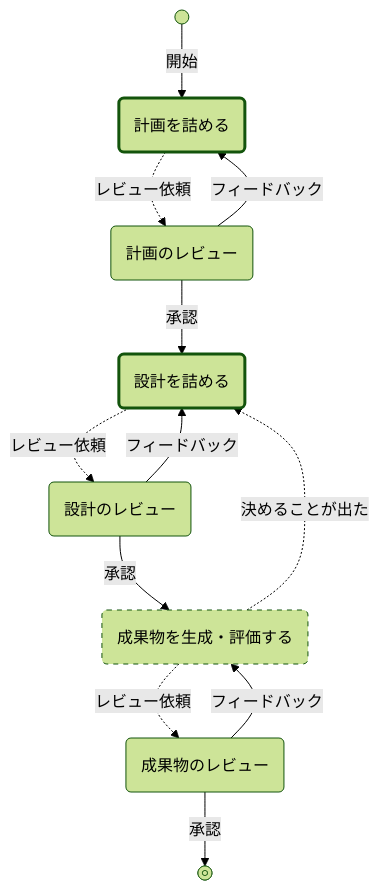
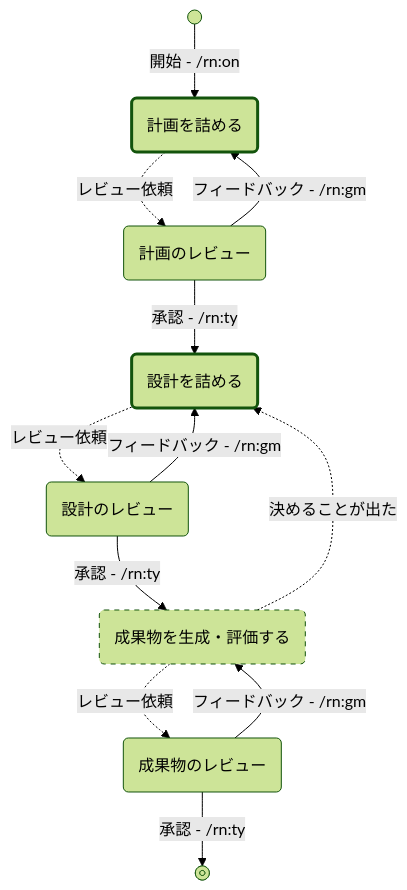
Before and after one commit to lovaizu/ccpm: the diagram in rn/README.md, drawn with Mermaid (forest theme).

Commit message:
docs(rn): README — each thing you do in the diagram names its command

````diff
--- a/rn/README.md
+++ b/rn/README.md
@@ -22,27 +22,27 @@
 ```mermaid
 flowchart TD
     S@{ shape: sm-circ }
     PlanTalk("計画を詰める")
     Plan("計画のレビュー")
     DesignTalk("設計を詰める")
     Design("設計のレビュー")
     Make("成果物を生成・評価する")
     Deliverable("成果物のレビュー")
     E@{ shape: fr-circ }
 
-    S -->|開始| PlanTalk
+    S -->|"開始 - /rn:on"| PlanTalk
     PlanTalk -.->|レビュー依頼| Plan
-    Plan -->|フィードバック| PlanTalk
-    Plan -->|承認| DesignTalk
+    Plan -->|"フィードバック - /rn:gm"| PlanTalk
+    Plan -->|"承認 - /rn:ty"| DesignTalk
     DesignTalk -.->|レビュー依頼| Design
-    Design -->|フィードバック| DesignTalk
-    Design -->|承認| Make
+    Design -->|"フィードバック - /rn:gm"| DesignTalk
+    Design -->|"承認 - /rn:ty"| Make
     Make -.->|決めることが出た| DesignTalk
     Make -.->|レビュー依頼| Deliverable
-    Deliverable -->|フィードバック| Make
-    Deliverable -->|承認| E
+    Deliverable -->|"フィードバック - /rn:gm"| Make
+    Deliverable -->|"承認 - /rn:ty"| E
 
     style Make stroke-dasharray: 5 5
     style PlanTalk stroke-width: 3px
     style DesignTalk stroke-width: 3px
 ```
````
